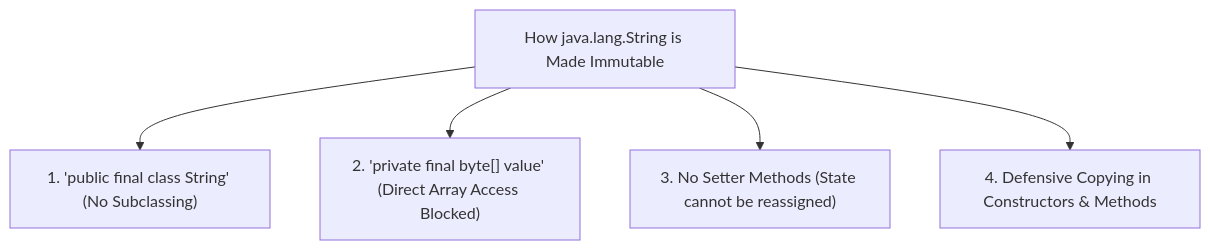
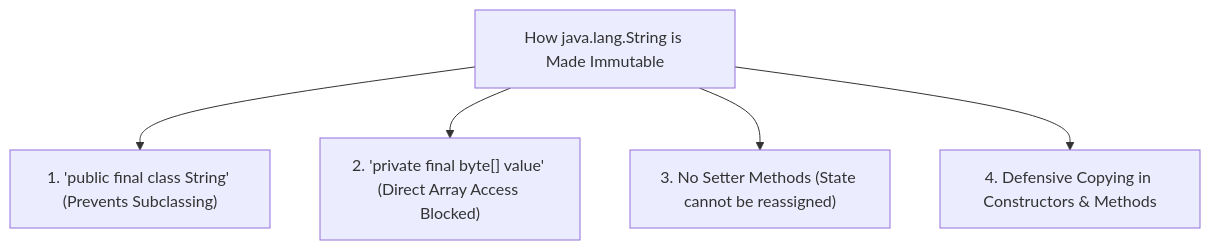
Before and after one commit to mayuri5401/ThreadSpeak: the second of 2 diagrams in backend/content-service/src/main/resources/curriculum/core-java/08-strings/04-immutable-strings.md, drawn with Mermaid. The commit also changed other lines of this file and 361 other files, not shown here.

Commit message:
feat(strings): in-depth String Memory Management & SCP theory, architecture visualizer, clean formatting, and Kafka microservices telemetry

````diff
--- a/backend/content-service/src/main/resources/curriculum/core-java/08-strings/04-immutable-strings.md
+++ b/backend/content-service/src/main/resources/curriculum/core-java/08-strings/04-immutable-strings.md
@@ -56,7 +82,7 @@
 ```mermaid
 graph TD
-    A["How java.lang.String is Made Immutable"] --> B["1. 'public final class String' (No Subclassing)"]
+    A["How java.lang.String is Made Immutable"] --> B["1. 'public final class String' (Prevents Subclassing)"]
     A --> C["2. 'private final byte[] value' (Direct Array Access Blocked)"]
     A --> D["3. No Setter Methods (State cannot be reassigned)"]
     A --> E["4. Defensive Copying in Constructors & Methods"]
 ```
````
